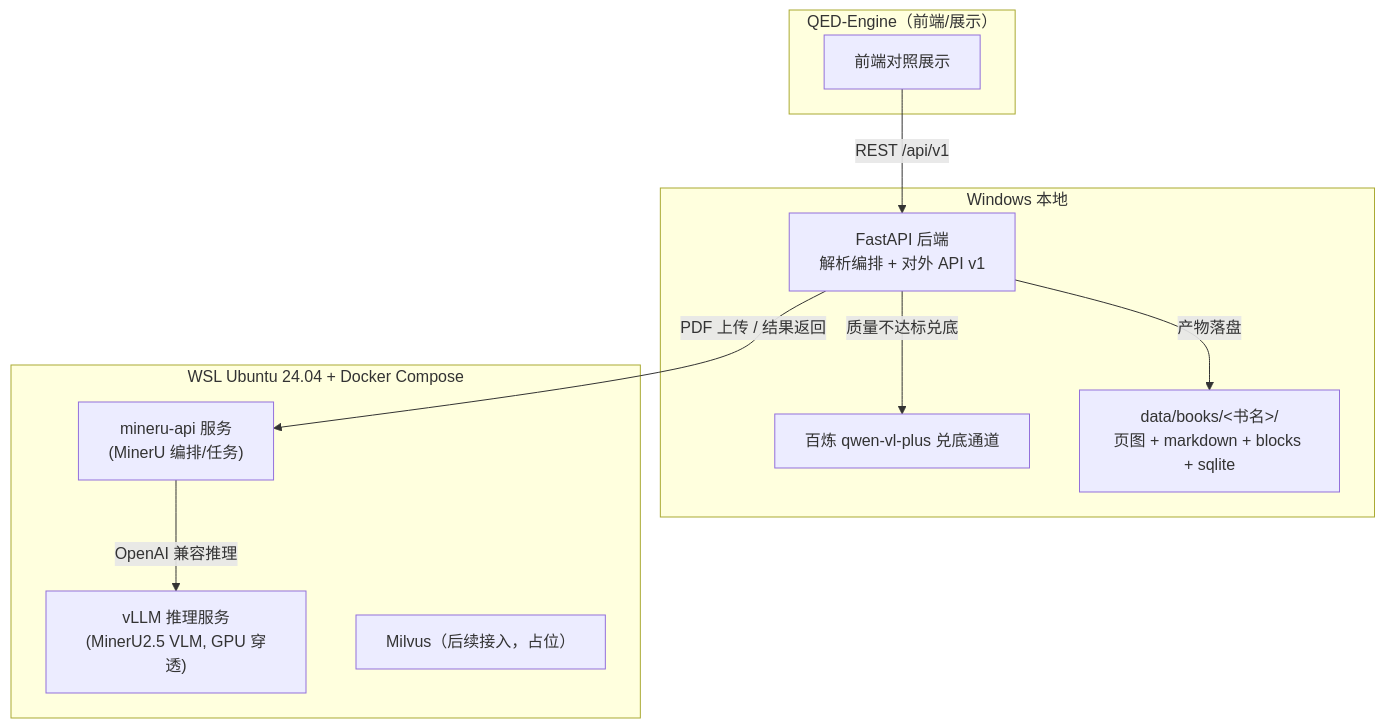
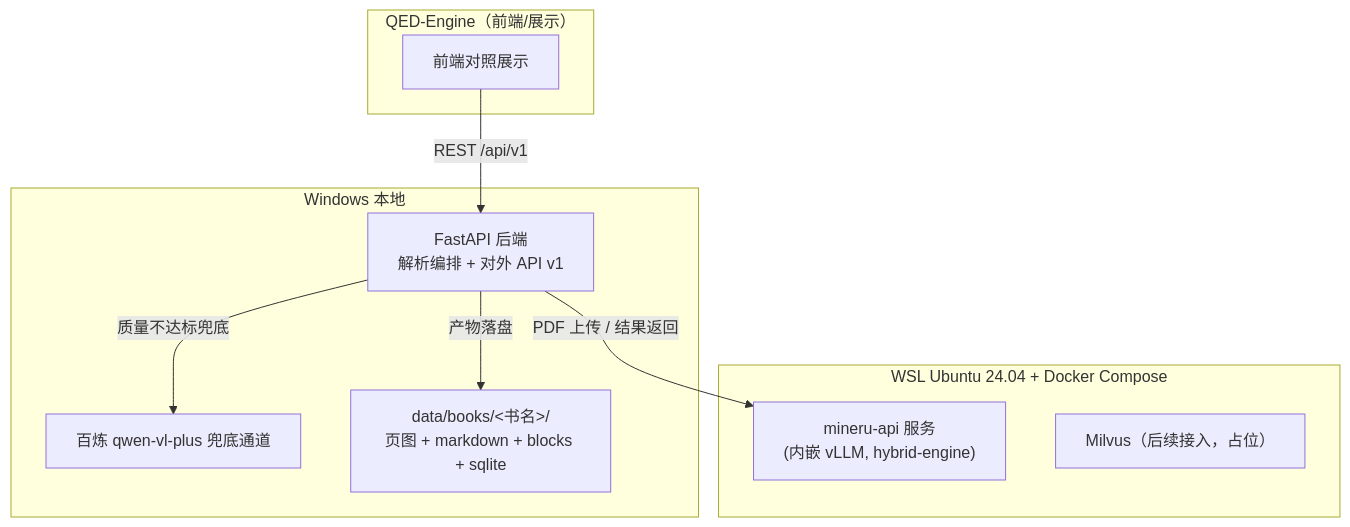
One commit to swfswf1234/Axiom-Flow changed the diagram in docs/design/pdf-parsing-and-rendering.md. Above: the diagram before and after it, drawn with Mermaid. The commit also changed other lines of this file and 11 other files, not shown here.

First line of the commit message:
feat(infra): add WSL mineru-api compose deployment and lifecycle scripts (V2-001)

````diff
--- a/docs/design/pdf-parsing-and-rendering.md
+++ b/docs/design/pdf-parsing-and-rendering.md
@@ -32,22 +32,20 @@
 ```mermaid
 flowchart TB
     subgraph QED["QED-Engine（前端/展示）"]
         UI["前端对照展示"]
     end
     subgraph WIN["Windows 本地"]
         API["FastAPI 后端<br/>解析编排 + 对外 API v1"]
-        FALLBACK["百炼 qwen-vl-plus 兑底通道"]
+        FALLBACK["百炼 qwen-vl-plus 兜底通道"]
         DATA["data/books/&lt;书名&gt;/<br/>页图 + markdown + blocks + sqlite"]
     end
     subgraph WSL["WSL Ubuntu 24.04 + Docker Compose"]
-        MA["mineru-api 服务<br/>(MinerU 编排/任务)"]
-        V["vLLM 推理服务<br/>(MinerU2.5 VLM, GPU 穿透)"]
+        MA["mineru-api 服务<br/>(内嵌 vLLM, hybrid-engine)"]
         MV["Milvus（后续接入，占位）"]
     end
 
     UI -->|"REST /api/v1"| API
     API -->|"PDF 上传 / 结果返回"| MA
-    MA -->|"OpenAI 兼容推理"| V
-    API -->|"质量不达标兑底"| FALLBACK
+    API -->|"质量不达标兜底"| FALLBACK
     API -->|"产物落盘"| DATA
 ```
````
